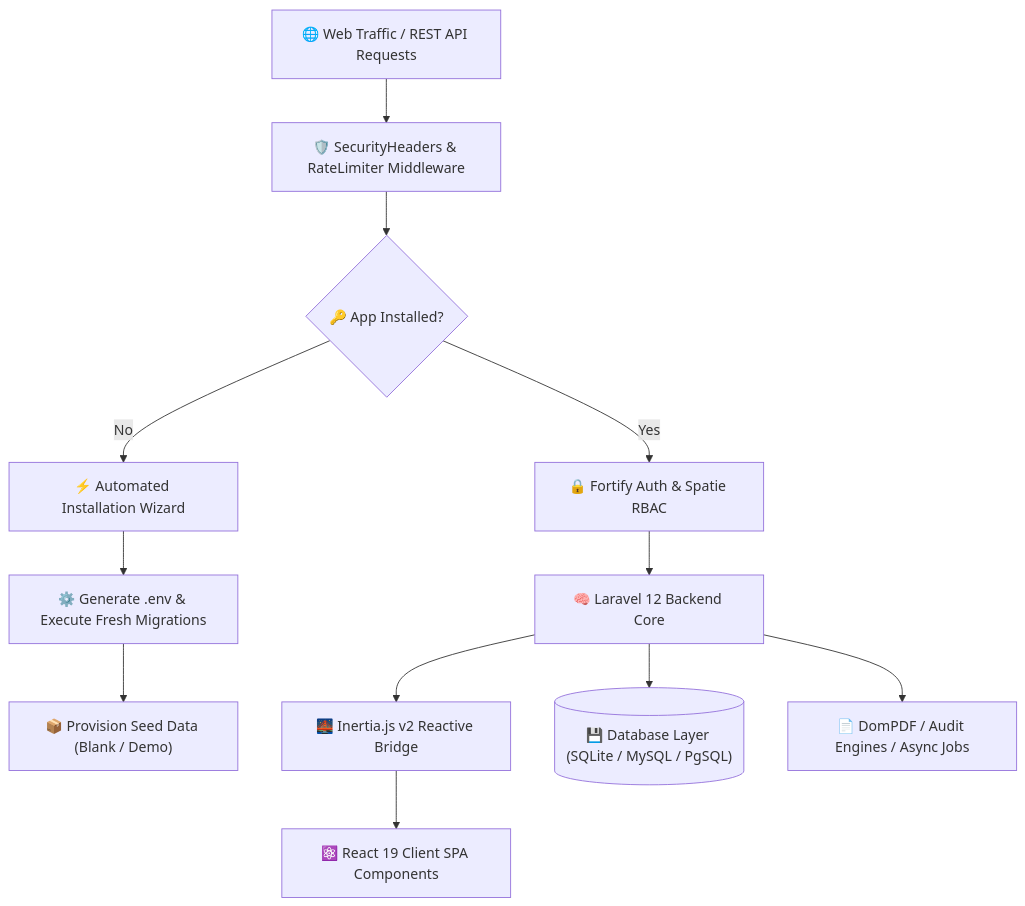
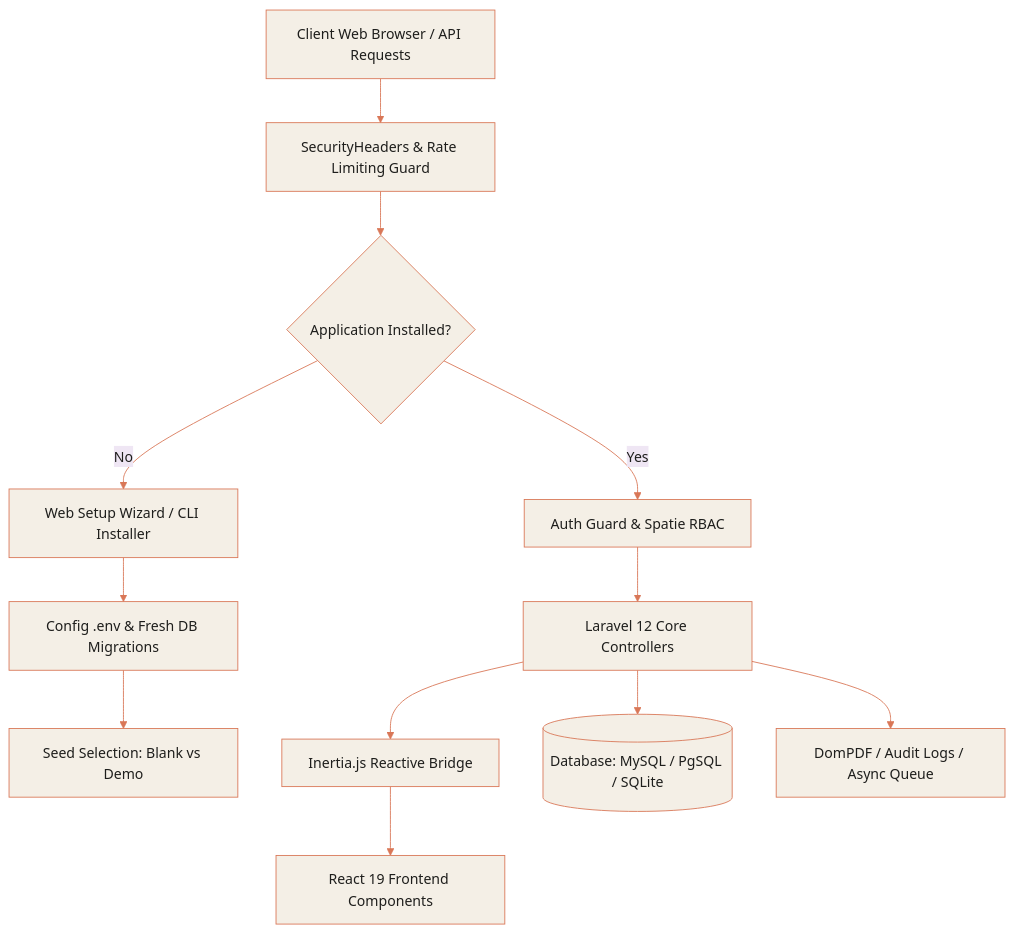
Before and after one commit to thespacecode/SpaceReach: the diagram in README.md, drawn with Mermaid. The commit also changed other lines of this file, not shown here.

Commit message:
Redesign README.md with 2026 luxury aesthetics, Claude terracotta color palette, TheSpaceCode logo header, and clear system architecture

````diff
--- a/README.md
+++ b/README.md
@@ -49,14 +77,15 @@
 ```mermaid
+%%{init: {'theme': 'base', 'themeVariables': { 'primaryColor': '#F4EFE6', 'primaryTextColor': '#1E1E1C', 'primaryBorderColor': '#D97757', 'lineColor': '#D97757', 'tertiaryColor': '#282724'}}}%%
 graph TD
-    A["🌐 Web Traffic / REST API Requests"] --> B["🛡️ SecurityHeaders & RateLimiter Middleware"]
-    B --> C{"🔑 App Installed?"}
-    C -- No --> D["⚡ Automated Installation Wizard"]
-    D --> E["⚙️ Generate .env & Execute Fresh Migrations"]
-    E --> F["📦 Provision Seed Data (Blank / Demo)"]
-    C -- Yes --> G["🔒 Fortify Auth & Spatie RBAC"]
-    G --> H["🧠 Laravel 12 Backend Core"]
-    H --> I["🌉 Inertia.js v2 Reactive Bridge"]
-    I --> J["⚛️ React 19 Client SPA Components"]
-    H --> K[("💾 Database Layer (SQLite / MySQL / PgSQL)")]
-    H --> L["📄 DomPDF / Audit Engines / Async Jobs"]
+    A[Client Web Browser / API Requests] --> B[SecurityHeaders & Rate Limiting Guard]
+    B --> C{Application Installed?}
+    C -- No --> D[Web Setup Wizard / CLI Installer]
+    D --> E[Config .env & Fresh DB Migrations]
+    E --> F[Seed Selection: Blank vs Demo]
+    C -- Yes --> G[Auth Guard & Spatie RBAC]
+    G --> H[Laravel 12 Core Controllers]
+    H --> I[Inertia.js Reactive Bridge]
+    I --> J[React 19 Frontend Components]
+    H --> K[(Database: MySQL / PgSQL / SQLite)]
+    H --> L[DomPDF / Audit Logs / Async Queue]
 ```
````
